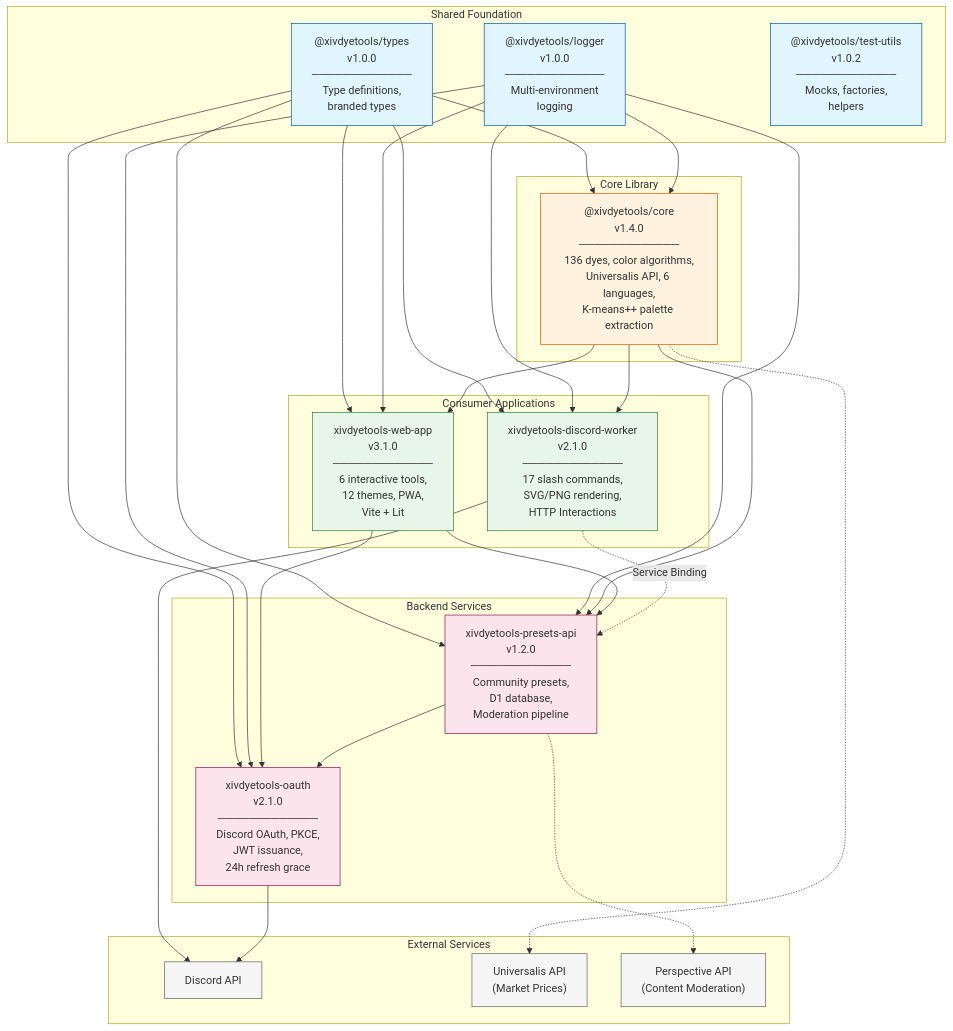
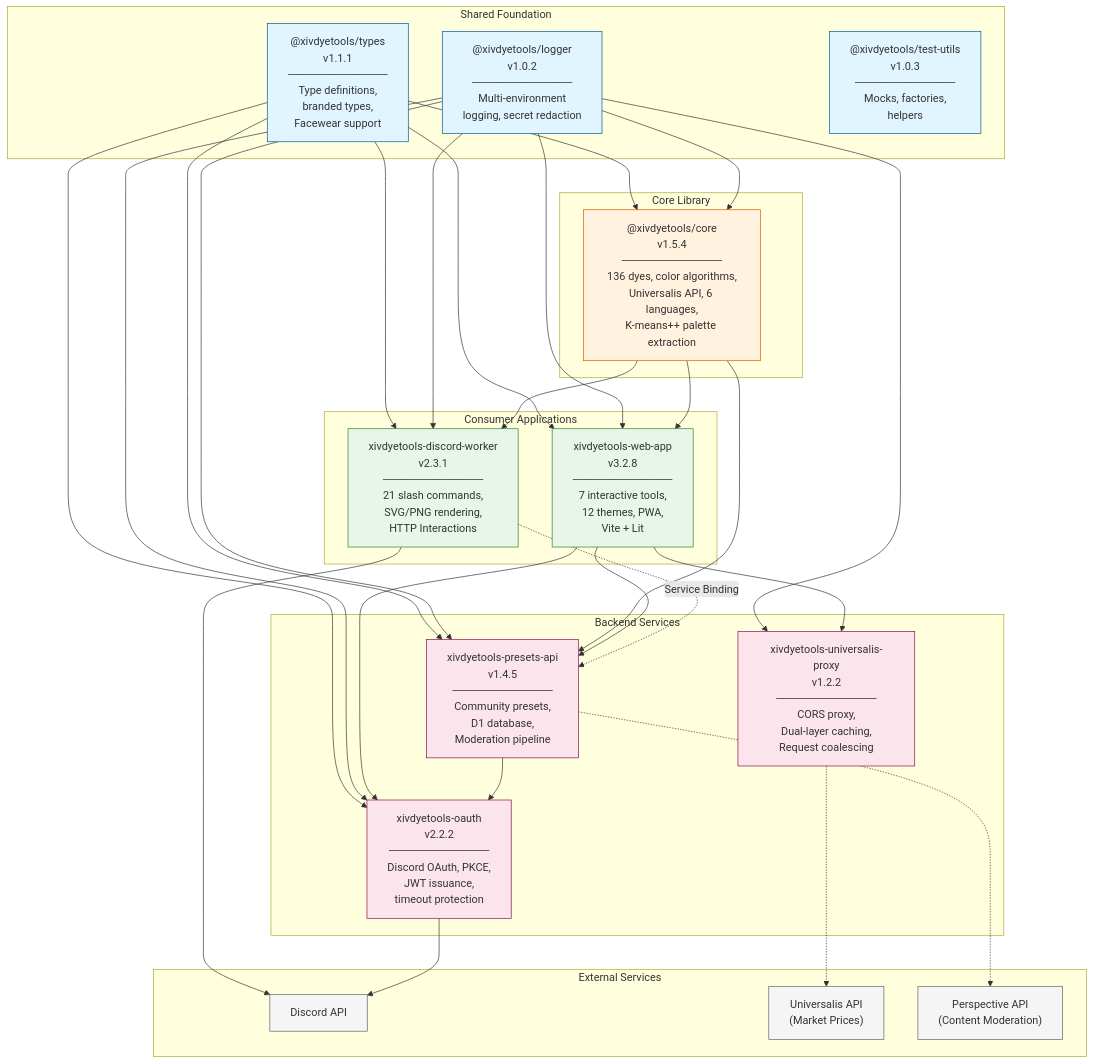
The diagram in architecture/overview.md (FlashGalatine/xivdyetools-docs), drawn with Mermaid before and after one commit. The commit also changed other lines of this file and 25 other files, not shown here.

````diff
--- a/architecture/overview.md
+++ b/architecture/overview.md
@@ -11,69 +11,72 @@
 ```mermaid
 graph TB
     subgraph "Shared Foundation"
-        TYPES["@xivdyetools/types<br/>v1.0.0<br/>─────────────<br/>Type definitions,<br/>branded types"]
-        LOGGER["@xivdyetools/logger<br/>v1.0.0<br/>─────────────<br/>Multi-environment<br/>logging"]
-        TEST["@xivdyetools/test-utils<br/>v1.0.2<br/>─────────────<br/>Mocks, factories,<br/>helpers"]
+        TYPES["@xivdyetools/types<br/>v1.1.1<br/>─────────────<br/>Type definitions,<br/>branded types,<br/>Facewear support"]
+        LOGGER["@xivdyetools/logger<br/>v1.0.2<br/>─────────────<br/>Multi-environment<br/>logging, secret redaction"]
+        TEST["@xivdyetools/test-utils<br/>v1.0.3<br/>─────────────<br/>Mocks, factories,<br/>helpers"]
     end
 
     subgraph "Core Library"
-        CORE["@xivdyetools/core<br/>v1.4.0<br/>─────────────<br/>136 dyes, color algorithms,<br/>Universalis API, 6 languages,<br/>K-means++ palette extraction"]
+        CORE["@xivdyetools/core<br/>v1.5.4<br/>─────────────<br/>136 dyes, color algorithms,<br/>Universalis API, 6 languages,<br/>K-means++ palette extraction"]
     end
 
     subgraph "Consumer Applications"
-        WEB["xivdyetools-web-app<br/>v3.1.0<br/>─────────────<br/>6 interactive tools,<br/>12 themes, PWA,<br/>Vite + Lit"]
-        DISCORD["xivdyetools-discord-worker<br/>v2.1.0<br/>─────────────<br/>17 slash commands,<br/>SVG/PNG rendering,<br/>HTTP Interactions"]
+        WEB["xivdyetools-web-app<br/>v3.2.8<br/>─────────────<br/>7 interactive tools,<br/>12 themes, PWA,<br/>Vite + Lit"]
+        DISCORD["xivdyetools-discord-worker<br/>v2.3.1<br/>─────────────<br/>21 slash commands,<br/>SVG/PNG rendering,<br/>HTTP Interactions"]
     end
 
     subgraph "Backend Services"
-        OAUTH["xivdyetools-oauth<br/>v2.1.0<br/>─────────────<br/>Discord OAuth, PKCE,<br/>JWT issuance,<br/>24h refresh grace"]
-        PRESETS["xivdyetools-presets-api<br/>v1.2.0<br/>─────────────<br/>Community presets,<br/>D1 database,<br/>Moderation pipeline"]
+        OAUTH["xivdyetools-oauth<br/>v2.2.2<br/>─────────────<br/>Discord OAuth, PKCE,<br/>JWT issuance,<br/>timeout protection"]
+        PRESETS["xivdyetools-presets-api<br/>v1.4.5<br/>─────────────<br/>Community presets,<br/>D1 database,<br/>Moderation pipeline"]
+        PROXY["xivdyetools-universalis-proxy<br/>v1.2.2<br/>─────────────<br/>CORS proxy,<br/>Dual-layer caching,<br/>Request coalescing"]
     end
 
     subgraph "External Services"
         DISCORD_API["Discord API"]
         UNIVERSALIS["Universalis API<br/>(Market Prices)"]
         PERSPECTIVE["Perspective API<br/>(Content Moderation)"]
     end
 
     %% Shared package dependencies
     TYPES --> CORE
     TYPES --> WEB
     TYPES --> DISCORD
     TYPES --> OAUTH
     TYPES --> PRESETS
     LOGGER --> CORE
     LOGGER --> WEB
     LOGGER --> DISCORD
     LOGGER --> OAUTH
     LOGGER --> PRESETS
+    LOGGER --> PROXY
 
     %% Core library consumers
     CORE --> WEB
     CORE --> DISCORD
     CORE --> PRESETS
 
     %% Application relationships
     WEB --> OAUTH
     WEB --> PRESETS
+    WEB --> PROXY
     DISCORD -.->|"Service Binding"| PRESETS
     PRESETS --> OAUTH
 
     %% External API connections
-    CORE -.-> UNIVERSALIS
+    PROXY -.-> UNIVERSALIS
     DISCORD --> DISCORD_API
     OAUTH --> DISCORD_API
     PRESETS -.-> PERSPECTIVE
 
     classDef shared fill:#e1f5fe,stroke:#01579b
     classDef core fill:#fff3e0,stroke:#e65100
     classDef app fill:#e8f5e9,stroke:#2e7d32
     classDef backend fill:#fce4ec,stroke:#880e4f
     classDef external fill:#f5f5f5,stroke:#616161
 
     class TYPES,LOGGER,TEST shared
     class CORE core
     class WEB,DISCORD app
-    class OAUTH,PRESETS backend
+    class OAUTH,PRESETS,PROXY backend
     class DISCORD_API,UNIVERSALIS,PERSPECTIVE external
 ```
````
